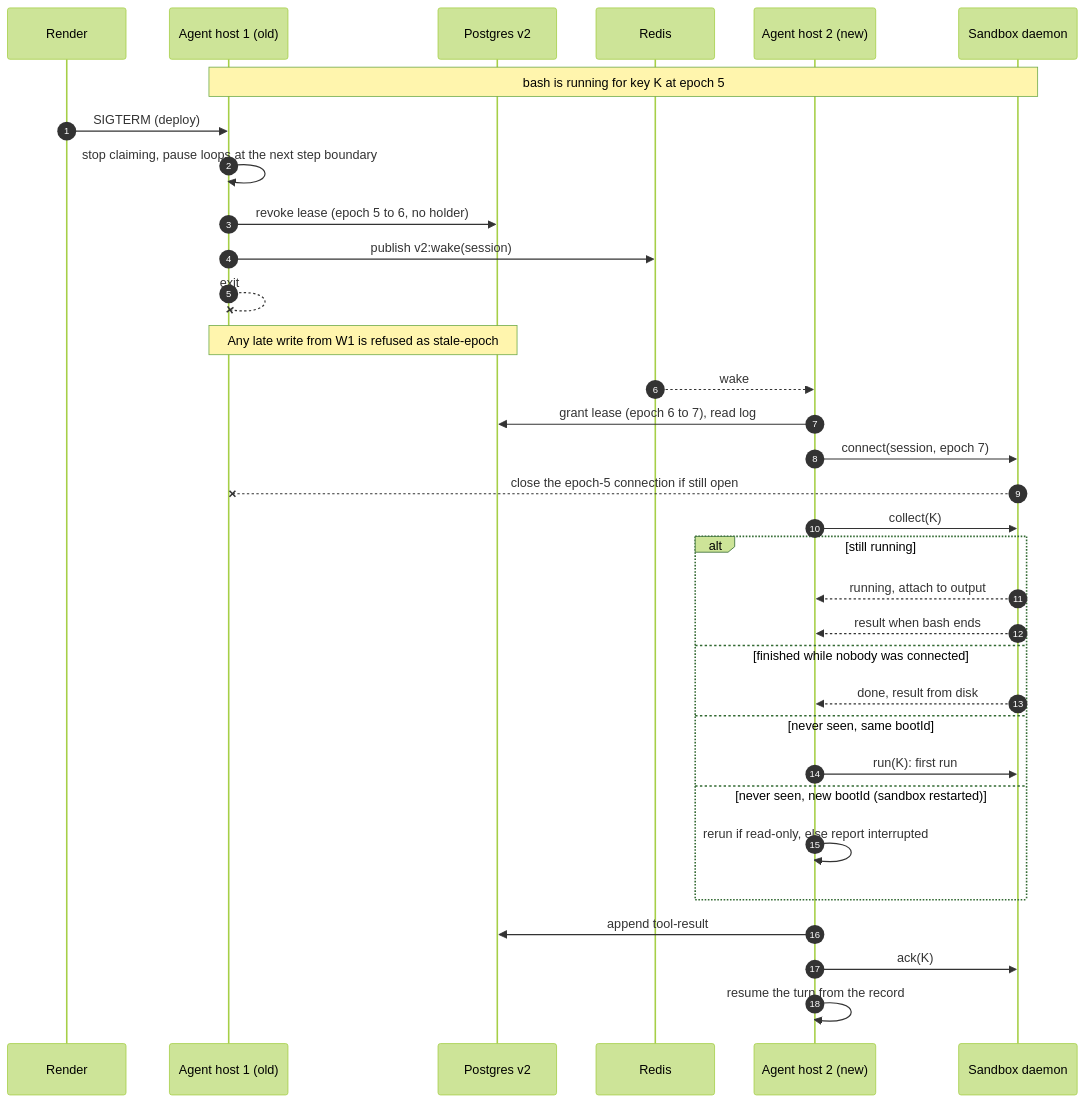
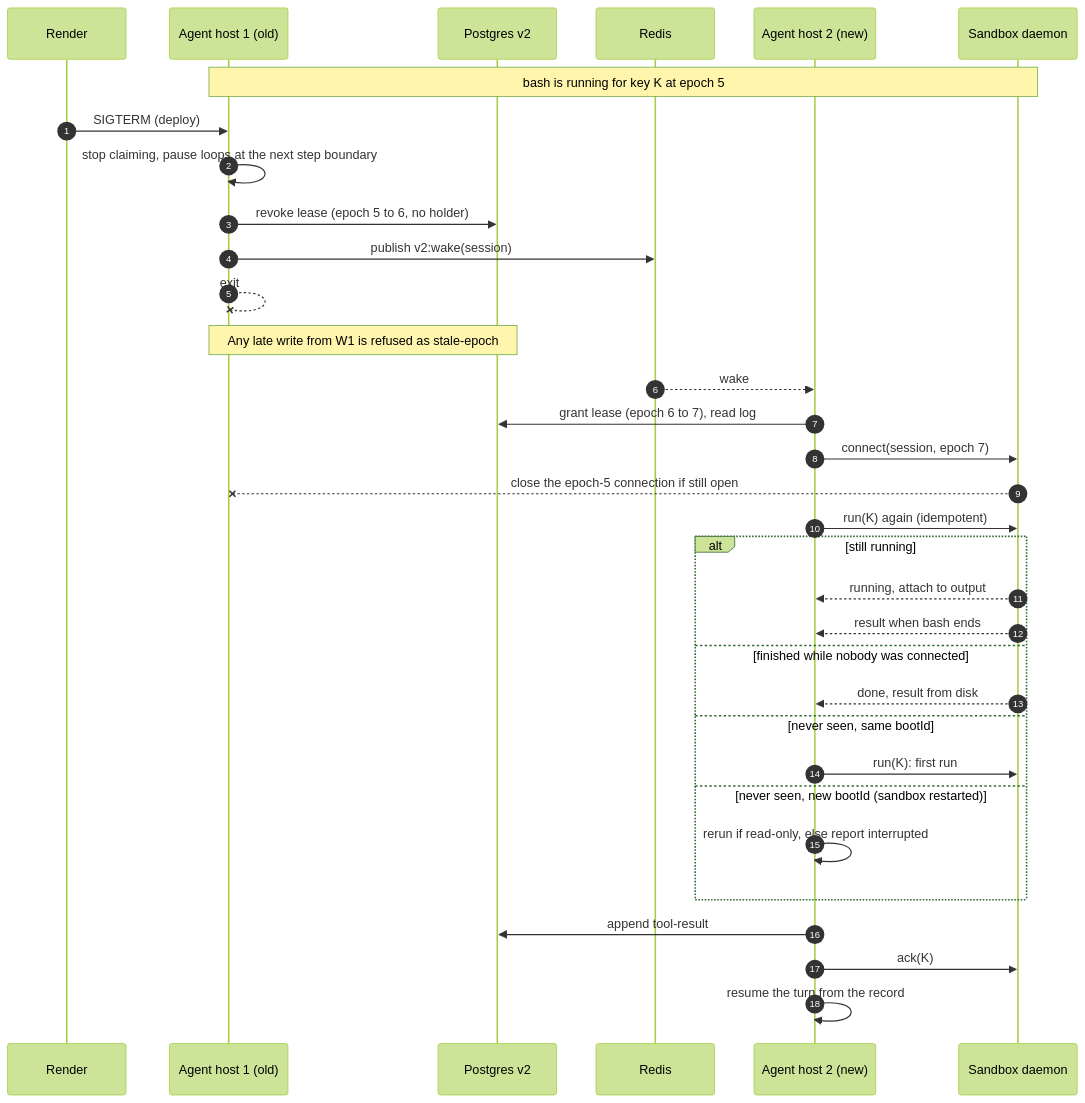
The third of 3 diagrams in docs/v2/slices/03-agent-host.md (dennisofficial/atlas), drawn with Mermaid (forest theme) before and after one commit. The commit also changed other lines of this file, not shown here.

````diff
--- a/docs/v2/slices/03-agent-host.md
+++ b/docs/v2/slices/03-agent-host.md
@@ -177,36 +177,36 @@
 ```mermaid
 sequenceDiagram
   autonumber
   participant Render
   participant W1 as Agent host 1 (old)
   participant PG as Postgres v2
   participant R as Redis
   participant W2 as Agent host 2 (new)
   participant D as Sandbox daemon
 
   Note over W1,D: bash is running for key K at epoch 5
   Render->>W1: SIGTERM (deploy)
   W1->>W1: stop claiming, pause loops at the next step boundary
   W1->>PG: revoke lease (epoch 5 to 6, no holder)
   W1->>R: publish v2:wake(session)
   W1--xW1: exit
   Note over W1,PG: Any late write from W1 is refused as stale-epoch
   R-->>W2: wake
   W2->>PG: grant lease (epoch 6 to 7), read log
   W2->>D: connect(session, epoch 7)
   D--xW1: close the epoch-5 connection if still open
-  W2->>D: collect(K)
+  W2->>D: run(K) again (idempotent)
   alt still running
     D-->>W2: running, attach to output
     D-->>W2: result when bash ends
   else finished while nobody was connected
     D-->>W2: done, result from disk
   else never seen, same bootId
     W2->>D: run(K): first run
   else never seen, new bootId (sandbox restarted)
     W2->>W2: rerun if read-only, else report interrupted
   end
   W2->>PG: append tool-result
   W2->>D: ack(K)
   W2->>W2: resume the turn from the record
 ```
````
